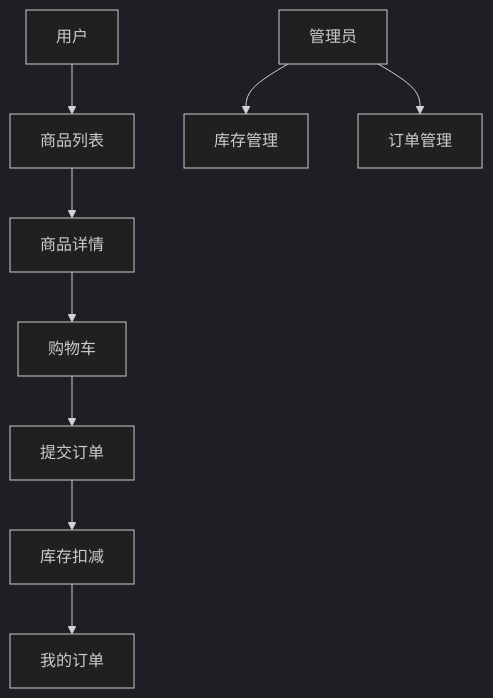
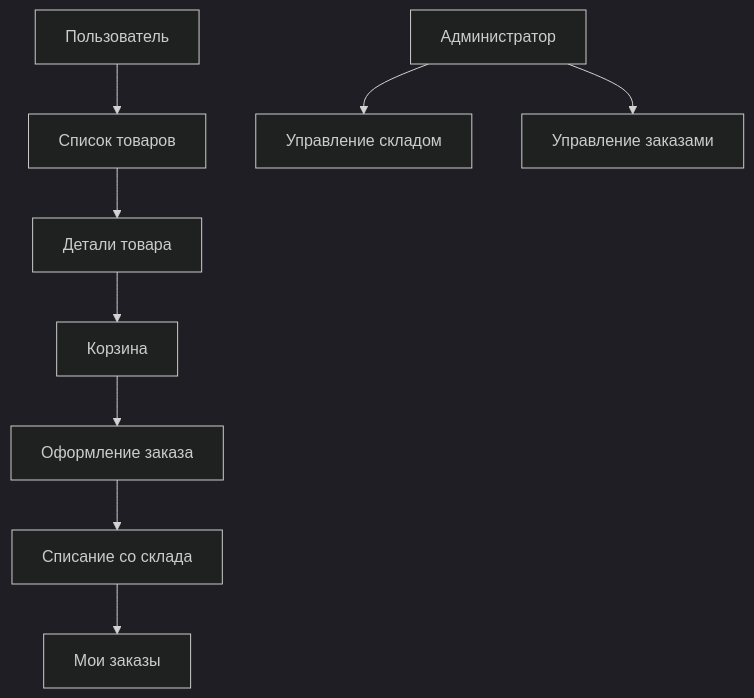
Before and after one commit to Libertad-Harbour-LLC/study_vibe: the second of 2 diagrams in docs/ru-ru/stage-2/assignments/simple-grocery-microservices/PRD.md, drawn with Mermaid (dark theme). The commit also changed other lines of this file and 17 other files, not shown here.

````diff
--- a/docs/ru-ru/stage-2/assignments/simple-grocery-microservices/PRD.md
+++ b/docs/ru-ru/stage-2/assignments/simple-grocery-microservices/PRD.md
@@ -204,11 +204,11 @@
 ```mermaid
 flowchart TD
-  user["用户"] --> products["商品列表"]
-  products --> detail["商品详情"]
-  detail --> cart["购物车"]
-  cart --> order["提交订单"]
-  order --> inventory["库存扣减"]
-  inventory --> orders["我的订单"]
-  admin["管理员"] --> inventoryAdmin["库存管理"]
-  admin --> orderAdmin["订单管理"]
+  user["Пользователь"] --> products["Список товаров"]
+  products --> detail["Детали товара"]
+  detail --> cart["Корзина"]
+  cart --> order["Оформление заказа"]
+  order --> inventory["Списание со склада"]
+  inventory --> orders["Мои заказы"]
+  admin["Администратор"] --> inventoryAdmin["Управление складом"]
+  admin --> orderAdmin["Управление заказами"]
 ```
````
